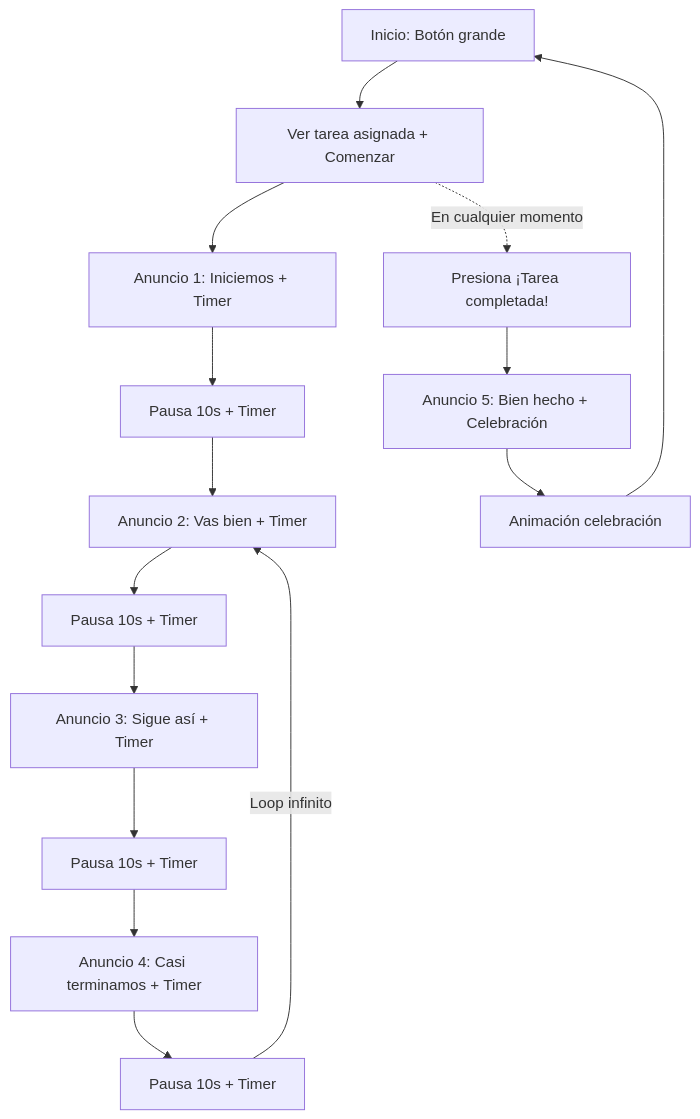
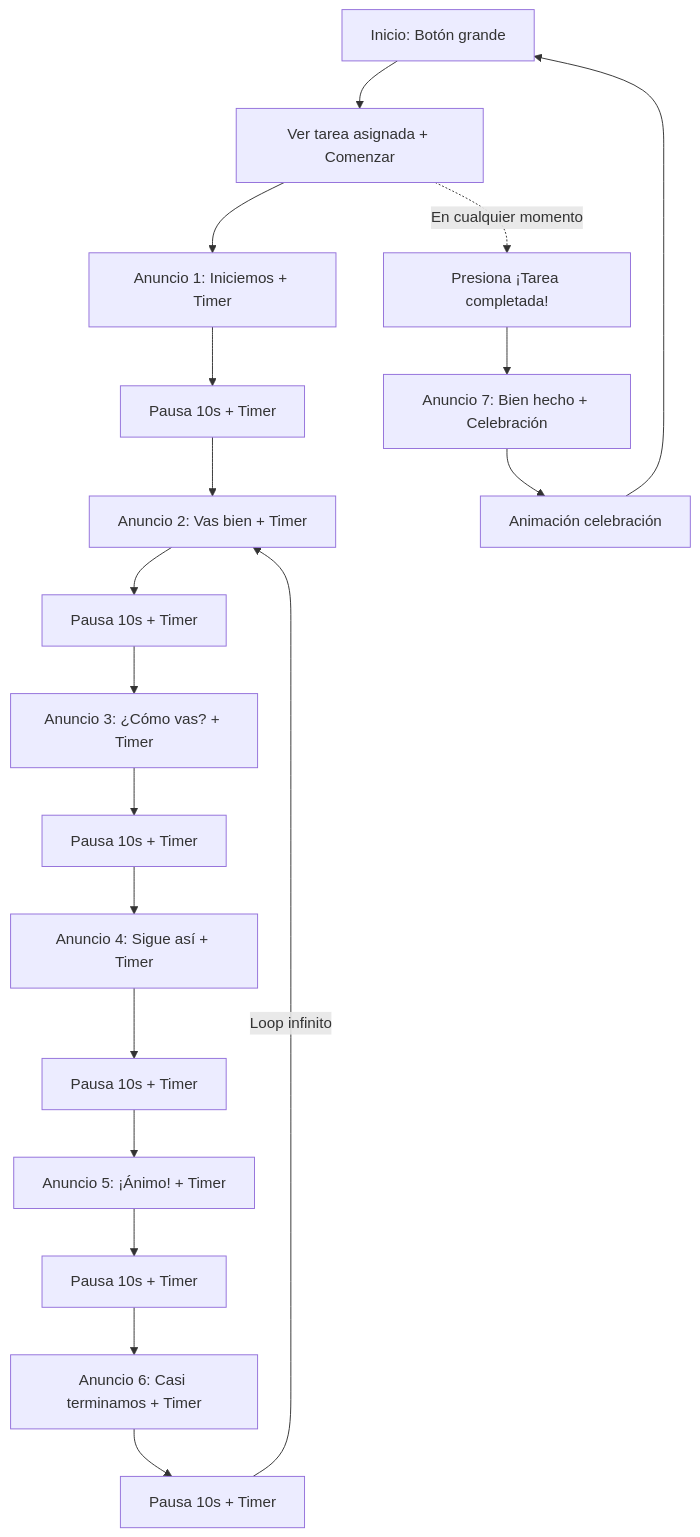
Before and after one commit to gtorresrdz64/sarah_app: the first of 2 diagrams in _bmad-output/planning/ux-design-specification.md, drawn with Mermaid. The commit also changed other lines of this file and 6 other files, not shown here.

````diff
--- a/_bmad-output/planning/ux-design-specification.md
+++ b/_bmad-output/planning/ux-design-specification.md
@@ -204,17 +204,21 @@
 ```mermaid
 graph TD
     A[Inicio: Botón grande] --> B[Ver tarea asignada + Comenzar]
     B --> C[Anuncio 1: Iniciemos + Timer]
     C --> D[Pausa 10s + Timer]
     D --> E[Anuncio 2: Vas bien + Timer]
     E --> F[Pausa 10s + Timer]
-    F --> G[Anuncio 3: Sigue así + Timer]
+    F --> G[Anuncio 3: ¿Cómo vas? + Timer]
     G --> H[Pausa 10s + Timer]
-    H --> I[Anuncio 4: Casi terminamos + Timer]
+    H --> I[Anuncio 4: Sigue así + Timer]
     I --> J[Pausa 10s + Timer]
-    J -->|Loop infinito| E
-    B -.->|En cualquier momento| K[Presiona ¡Tarea completada!]
-    K --> L[Anuncio 5: Bien hecho + Celebración]
-    L --> M[Animación celebración]
-    M --> A
+    J --> K[Anuncio 5: ¡Ánimo! + Timer]
+    K --> L[Pausa 10s + Timer]
+    L --> M[Anuncio 6: Casi terminamos + Timer]
+    M --> N[Pausa 10s + Timer]
+    N -->|Loop infinito| E
+    B -.->|En cualquier momento| O[Presiona ¡Tarea completada!]
+    O --> P[Anuncio 7: Bien hecho + Celebración]
+    P --> Q[Animación celebración]
+    Q --> A
 ```
````
